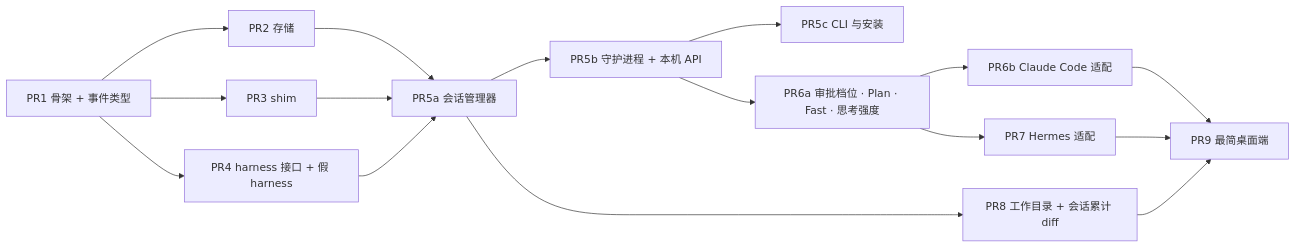
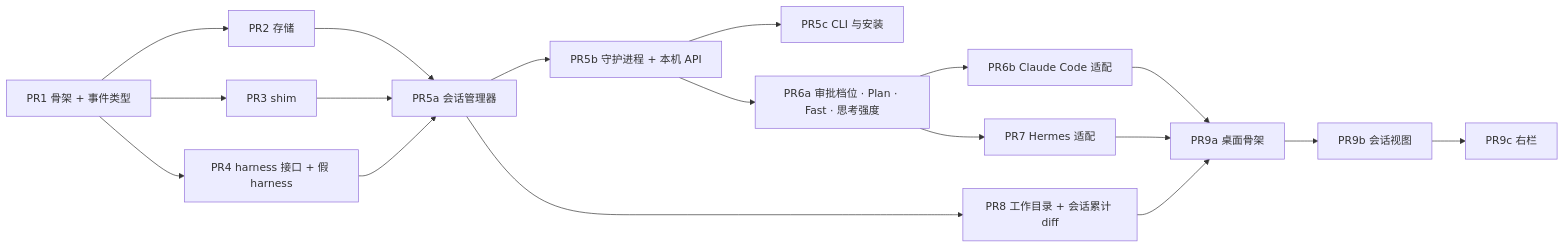
Before and after one commit to yangflow/hoplet: the diagram in docs/plans/m1-overview.md, drawn with Mermaid. The commit also changed other lines of this file and 5 other files, not shown here.

````diff
--- a/docs/plans/m1-overview.md
+++ b/docs/plans/m1-overview.md
@@ -25,18 +34,20 @@
 ```mermaid
 flowchart LR
     P1["PR1 骨架 + 事件类型"] --> P2["PR2 存储"]
     P1 --> P3["PR3 shim"]
     P1 --> P4["PR4 harness 接口 + 假 harness"]
     P2 --> P5["PR5a 会话管理器"]
     P3 --> P5
     P4 --> P5
     P5 --> P5b["PR5b 守护进程 + 本机 API"]
     P5b --> P5c["PR5c CLI 与安装"]
     P5b --> P6a["PR6a 审批档位 · Plan · Fast · 思考强度"]
     P6a --> P6["PR6b Claude Code 适配"]
     P6a --> P7["PR7 Hermes 适配"]
     P5 --> P8["PR8 工作目录 + 会话累计 diff"]
-    P6 --> P9["PR9 最简桌面端"]
-    P7 --> P9
-    P8 --> P9
+    P6 --> P9a["PR9a 桌面骨架"]
+    P7 --> P9a
+    P8 --> P9a
+    P9a --> P9b["PR9b 会话视图"]
+    P9b --> P9c["PR9c 右栏"]
 ```
````
